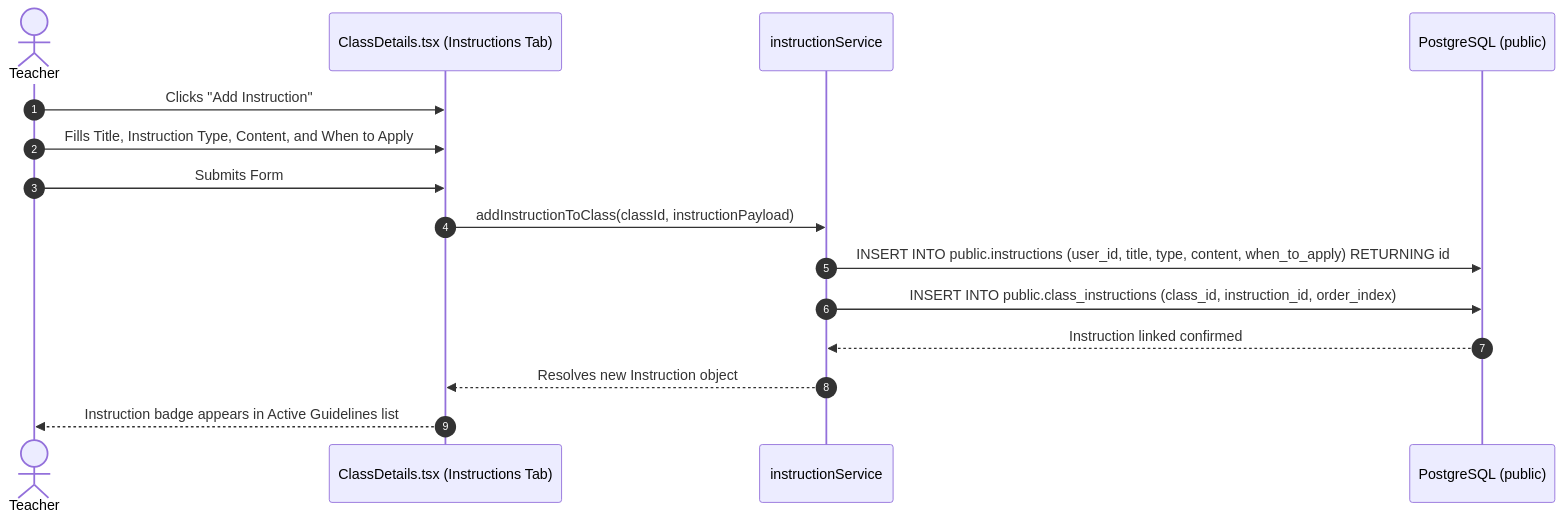
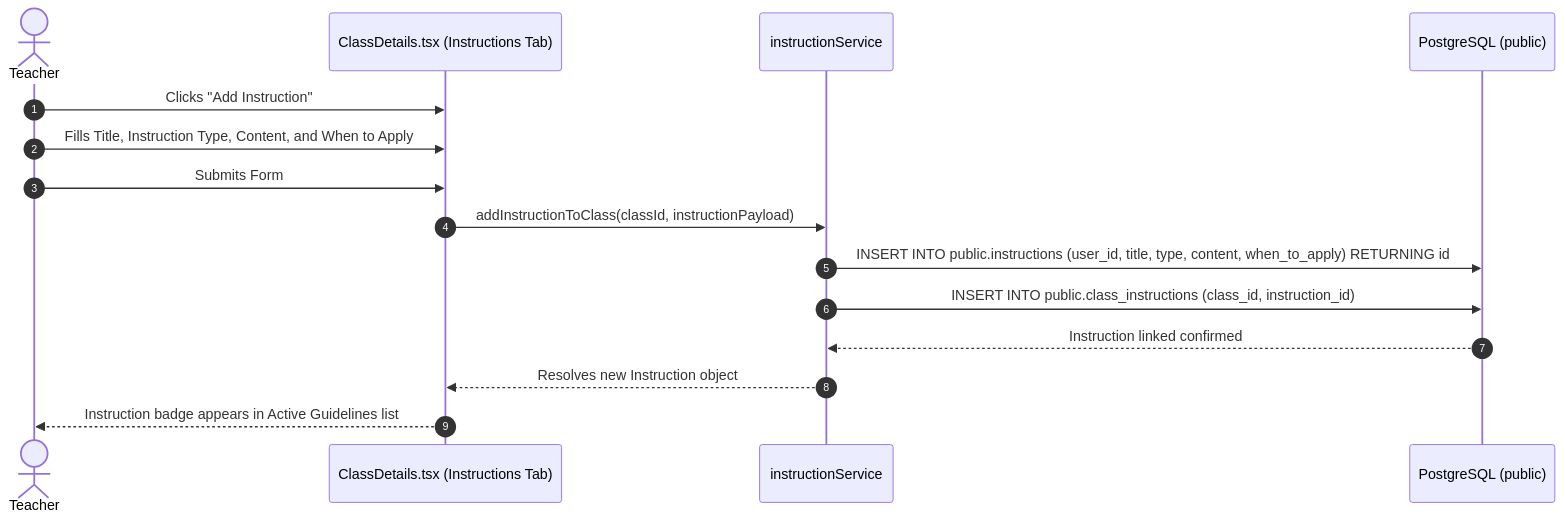
One commit to VictorBravo9er/Teacher-Assistant-Workspace changed the first of 3 diagrams in docs/systems/workflows/instruction_rubric_workflows.md. Above: the diagram before and after it, drawn with Mermaid. The commit also changed other lines of this file and 43 other files, not shown here.

````diff
--- a/docs/systems/workflows/instruction_rubric_workflows.md
+++ b/docs/systems/workflows/instruction_rubric_workflows.md
@@ -11,20 +11,20 @@
 ```mermaid
 sequenceDiagram
     autonumber
     actor Teacher as Teacher
     participant UI as ClassDetails.tsx (Instructions Tab)
     participant Svc as instructionService
     participant DB as PostgreSQL (public)
 
     Teacher->>UI: Clicks "Add Instruction"
     Teacher->>UI: Fills Title, Instruction Type, Content, and When to Apply
     Teacher->>UI: Submits Form
     
     UI->>Svc: addInstructionToClass(classId, instructionPayload)
     Svc->>DB: INSERT INTO public.instructions (user_id, title, type, content, when_to_apply) RETURNING id
-    Svc->>DB: INSERT INTO public.class_instructions (class_id, instruction_id, order_index)
+    Svc->>DB: INSERT INTO public.class_instructions (class_id, instruction_id)
     DB-->>Svc: Instruction linked confirmed
     
     Svc-->>UI: Resolves new Instruction object
     UI-->>Teacher: Instruction badge appears in Active Guidelines list
 ```
````
